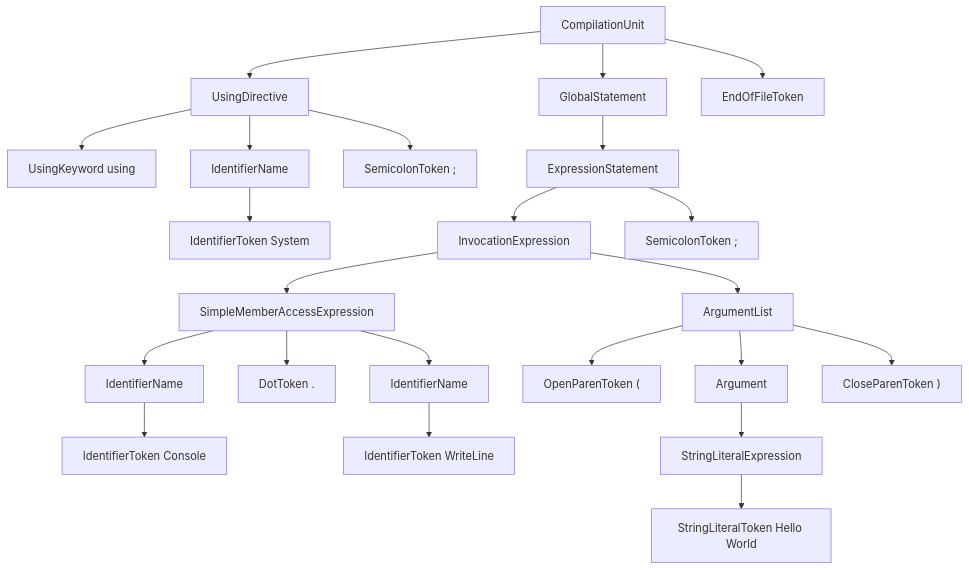
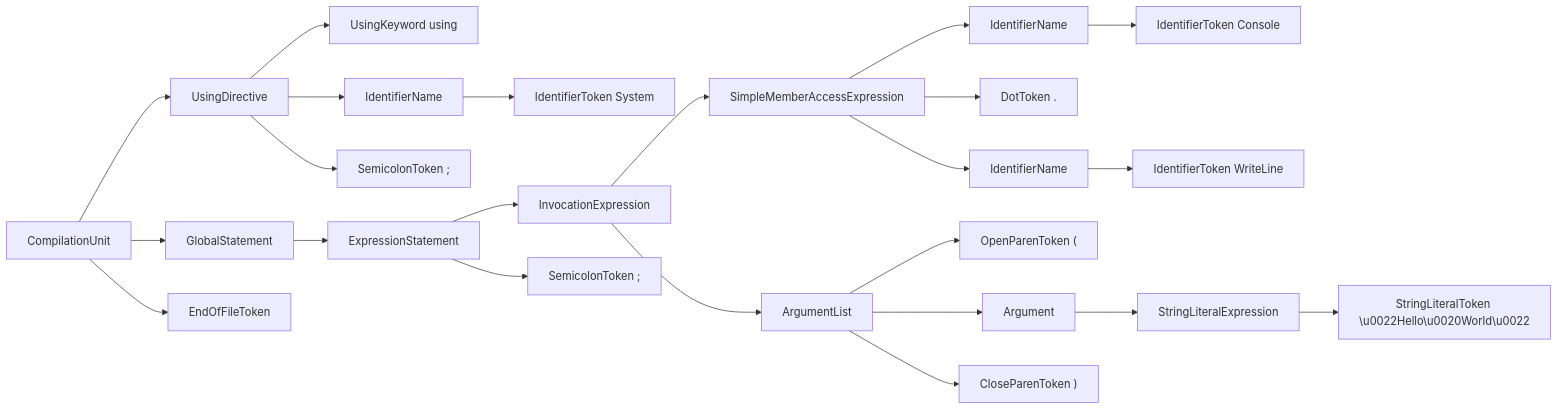
Before and after one commit to itn3000/Cs2Mermaid: the diagram in README.md, drawn with Mermaid.

Commit message:
fix example md output

````diff
--- a/README.md
+++ b/README.md
@@ -58,48 +58,48 @@
 ```mermaid
-flowchart TD
+flowchart LR
   CompilationUnit_0["CompilationUnit"]
   UsingDirective_0["UsingDirective"]
   CompilationUnit_0 --> UsingDirective_0
     UsingDirective_0 --> UsingKeyword_0["UsingKeyword using"]
     IdentifierName_0["IdentifierName"]
     UsingDirective_0 --> IdentifierName_0
       IdentifierName_0 --> IdentifierToken_0["IdentifierToken System"]
       IdentifierName_0["IdentifierName"]
     UsingDirective_0 --> SemicolonToken_0["SemicolonToken ;"]
     UsingDirective_0["UsingDirective"]
   GlobalStatement_0["GlobalStatement"]
   CompilationUnit_0 --> GlobalStatement_0
     ExpressionStatement_0["ExpressionStatement"]
     GlobalStatement_0 --> ExpressionStatement_0
       InvocationExpression_0["InvocationExpression"]
       ExpressionStatement_0 --> InvocationExpression_0
         SimpleMemberAccessExpression_0["SimpleMemberAccessExpression"]
         InvocationExpression_0 --> SimpleMemberAccessExpression_0
           IdentifierName_1["IdentifierName"]
           SimpleMemberAccessExpression_0 --> IdentifierName_1
             IdentifierName_1 --> IdentifierToken_1["IdentifierToken Console"]
             IdentifierName_1["IdentifierName"]
           SimpleMemberAccessExpression_0 --> DotToken_0["DotToken ."]
           IdentifierName_2["IdentifierName"]
           SimpleMemberAccessExpression_0 --> IdentifierName_2
             IdentifierName_2 --> IdentifierToken_2["IdentifierToken WriteLine"]
             IdentifierName_2["IdentifierName"]
           SimpleMemberAccessExpression_0["SimpleMemberAccessExpression"]
         ArgumentList_0["ArgumentList"]
         InvocationExpression_0 --> ArgumentList_0
           ArgumentList_0 --> OpenParenToken_0["OpenParenToken ("]
           Argument_0["Argument"]
           ArgumentList_0 --> Argument_0
             StringLiteralExpression_0["StringLiteralExpression"]
             Argument_0 --> StringLiteralExpression_0
-              StringLiteralExpression_0 --> StringLiteralToken_0["StringLiteralToken "Hello World""]
+              StringLiteralExpression_0 --> StringLiteralToken_0["StringLiteralToken \u0022Hello\u0020World\u0022"]
               StringLiteralExpression_0["StringLiteralExpression"]
             Argument_0["Argument"]
           ArgumentList_0 --> CloseParenToken_0["CloseParenToken )"]
           ArgumentList_0["ArgumentList"]
         InvocationExpression_0["InvocationExpression"]
       ExpressionStatement_0 --> SemicolonToken_1["SemicolonToken ;"]
       ExpressionStatement_0["ExpressionStatement"]
     GlobalStatement_0["GlobalStatement"]
   CompilationUnit_0 --> EndOfFileToken_0["EndOfFileToken "]
 ```
````
